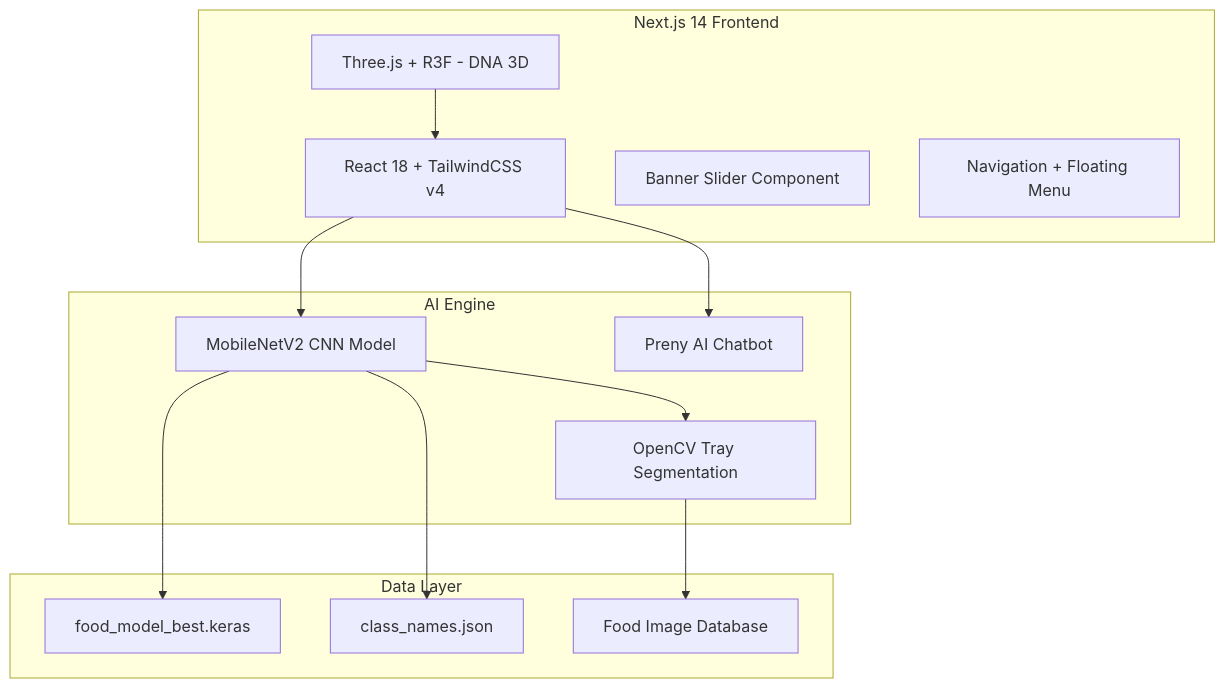
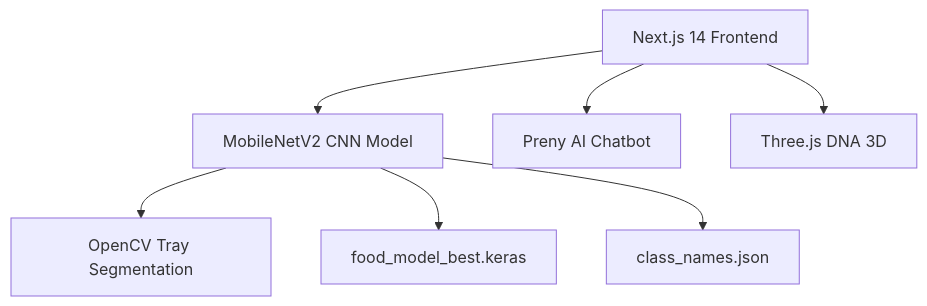
Diagram 11 of 11 in README.md (DevOpsLogistics/FoodVision-Ai), drawn with Mermaid before and after one commit. The commit also changed other lines of this file, not shown here.

Commit message:
Docs: Fix Vietnamese diacritics, simplify Mermaid diagrams, remove UI implementation details

````diff
--- a/README.md
+++ b/README.md
@@ -412,29 +335,9 @@
 ```mermaid
 graph TB
-    subgraph Frontend ["Next.js 14 Frontend"]
-        UI["React 18 + TailwindCSS v4"]
-        DNA3D["Three.js + R3F - DNA 3D"]
-        SLIDER["Banner Slider Component"]
-        NAV["Navigation + Floating Menu"]
-    end
-
-    subgraph AI_Engine ["AI Engine"]
-        CNN["MobileNetV2 CNN Model"]
-        CROP["OpenCV Tray Segmentation"]
-        PRENY["Preny AI Chatbot"]
-    end
-
-    subgraph Data ["Data Layer"]
-        MODEL["food_model_best.keras"]
-        CLASSES["class_names.json"]
-        IMAGES["Food Image Database"]
-    end
-
-    UI --> CNN
-    UI --> PRENY
-    DNA3D --> UI
-    CNN --> CROP
-    CNN --> MODEL
-    CNN --> CLASSES
-    CROP --> IMAGES
+    A["Next.js 14 Frontend"] --> B["MobileNetV2 CNN Model"]
+    A --> C["Preny AI Chatbot"]
+    A --> D["Three.js DNA 3D"]
+    B --> E["OpenCV Tray Segmentation"]
+    B --> F["food_model_best.keras"]
+    B --> G["class_names.json"]
 ```
````
